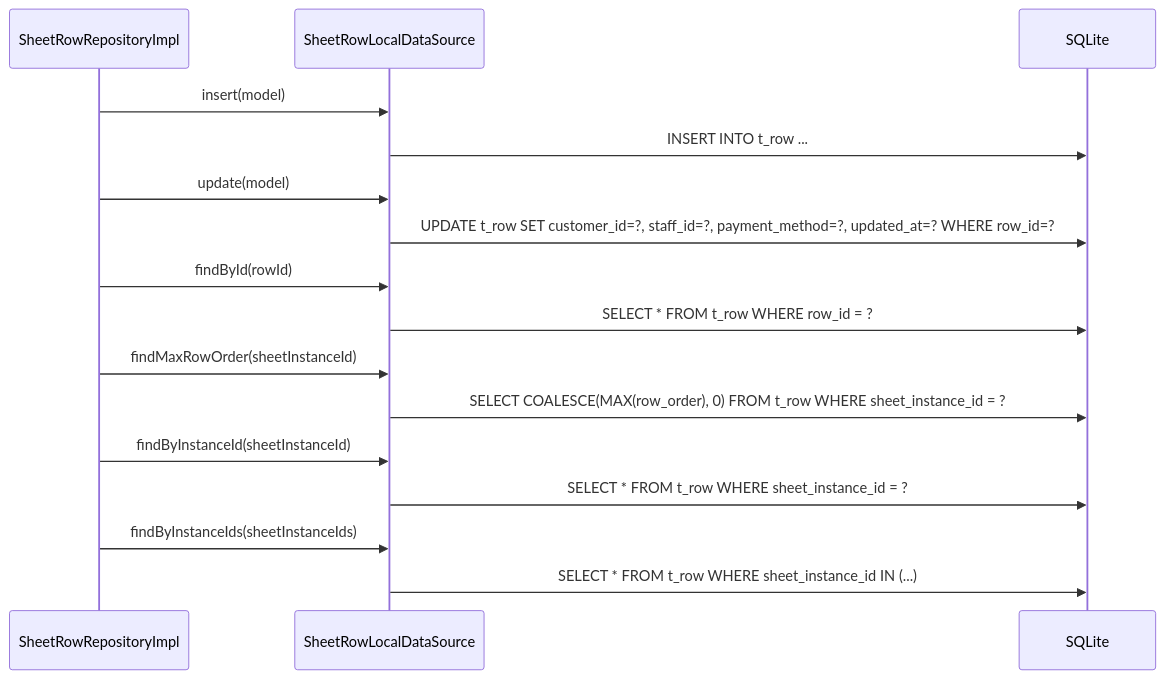
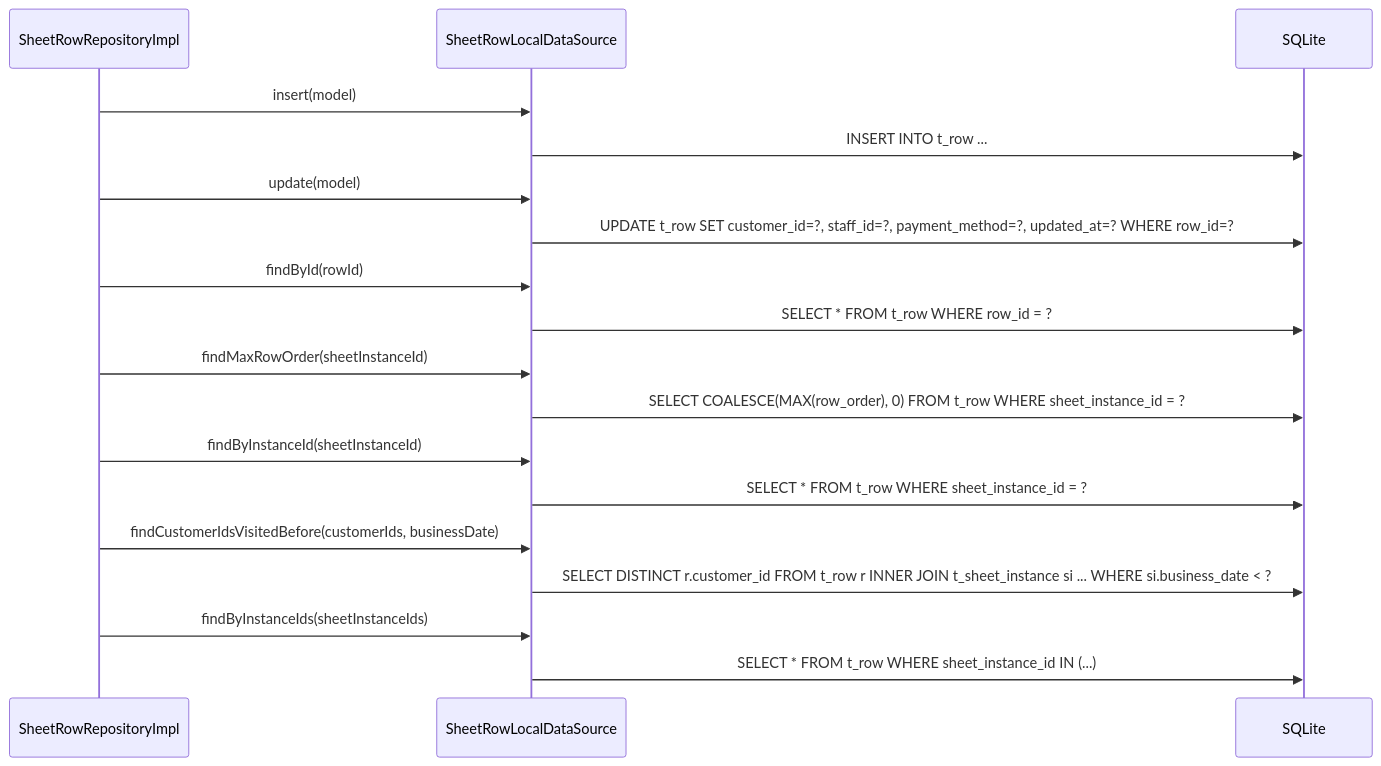
One commit to MinamiyamaKotaro/m3_pad changed the diagram in docs/design/lib/src/features/voucher/data/datasources/sheet_row_local_datasource.md. Above: the diagram before and after it, drawn with Mermaid. The commit also changed other lines of this file and 21 other files, not shown here.

````diff
--- a/docs/design/lib/src/features/voucher/data/datasources/sheet_row_local_datasource.md
+++ b/docs/design/lib/src/features/voucher/data/datasources/sheet_row_local_datasource.md
@@ -15,19 +16,21 @@
 ```mermaid
 sequenceDiagram
     participant R as SheetRowRepositoryImpl
     participant D as SheetRowLocalDataSource
     participant DB as SQLite
 
     R->>D: insert(model)
     D->>DB: INSERT INTO t_row ...
     R->>D: update(model)
     D->>DB: UPDATE t_row SET customer_id=?, staff_id=?, payment_method=?, updated_at=? WHERE row_id=?
     R->>D: findById(rowId)
     D->>DB: SELECT * FROM t_row WHERE row_id = ?
     R->>D: findMaxRowOrder(sheetInstanceId)
     D->>DB: SELECT COALESCE(MAX(row_order), 0) FROM t_row WHERE sheet_instance_id = ?
     R->>D: findByInstanceId(sheetInstanceId)
     D->>DB: SELECT * FROM t_row WHERE sheet_instance_id = ?
+    R->>D: findCustomerIdsVisitedBefore(customerIds, businessDate)
+    D->>DB: SELECT DISTINCT r.customer_id FROM t_row r INNER JOIN t_sheet_instance si ... WHERE si.business_date < ?
     R->>D: findByInstanceIds(sheetInstanceIds)
     D->>DB: SELECT * FROM t_row WHERE sheet_instance_id IN (...)
 ```
````
